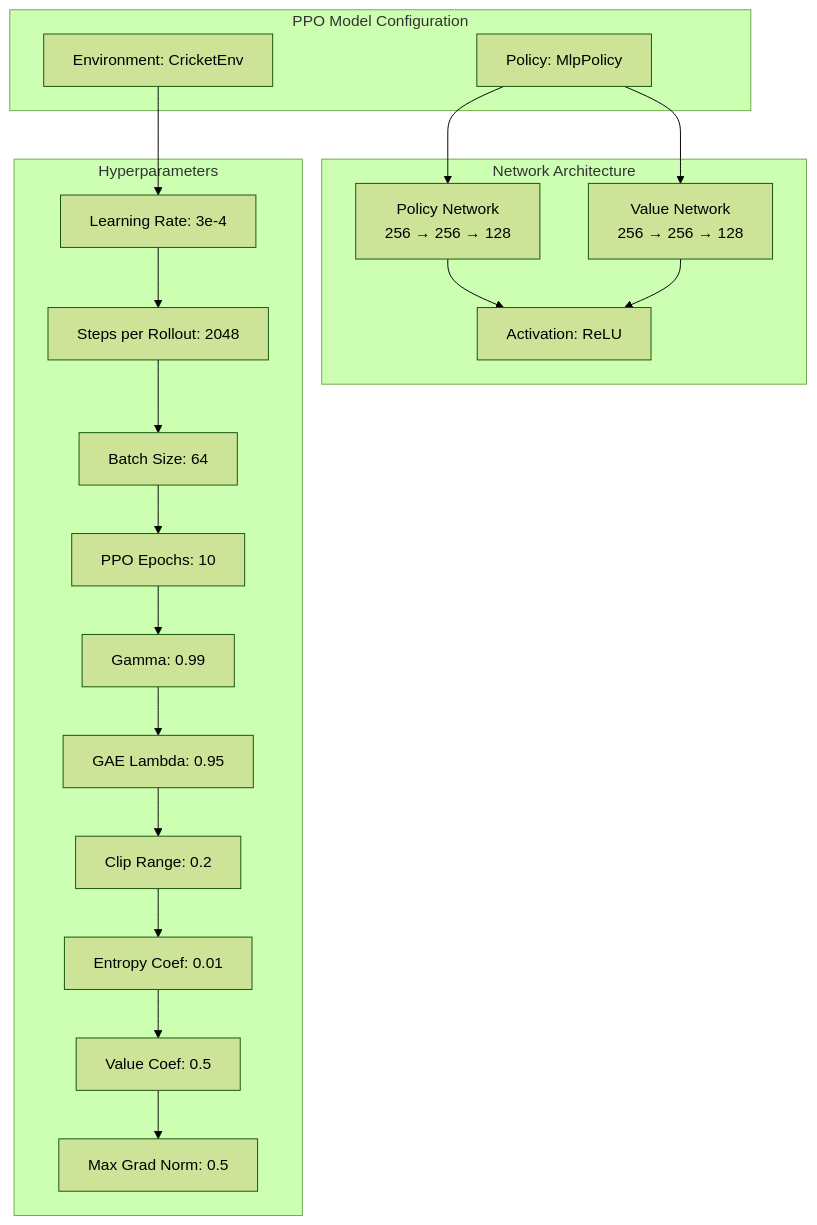
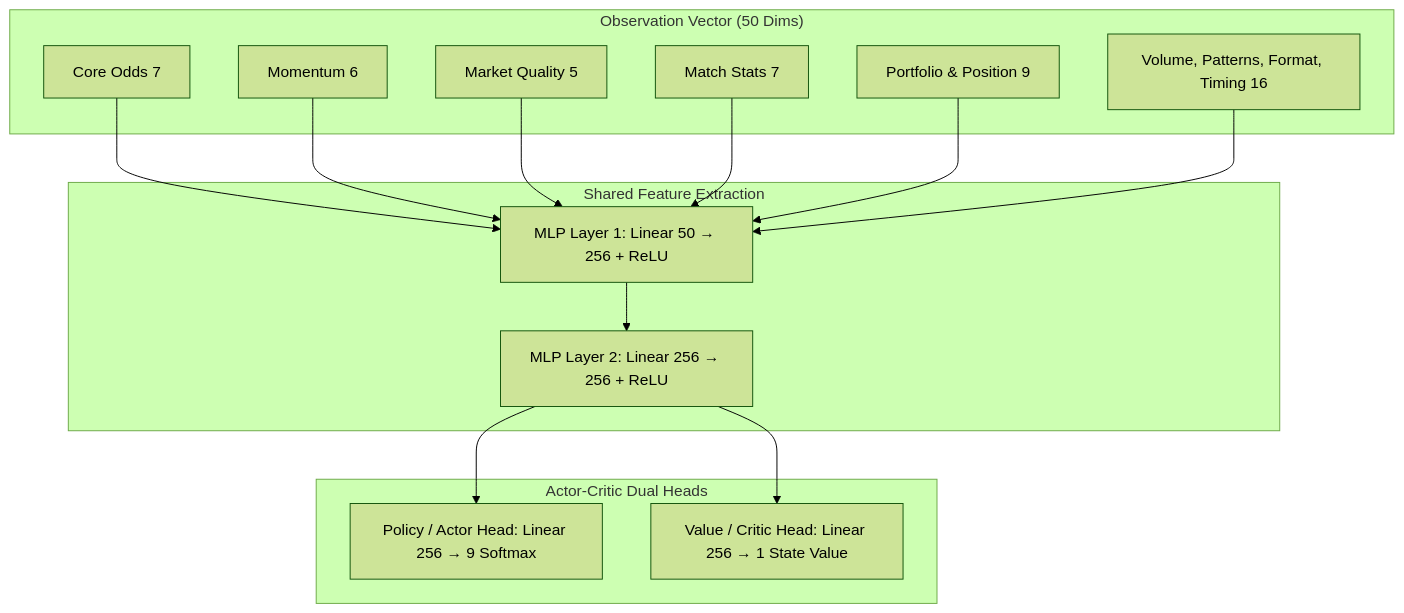
One commit to sohabena/prediction-claude changed the first of 2 diagrams in docs/architecture/02-rl-learning-engine.md. Above: the diagram before and after it, drawn with Mermaid (forest theme). The commit also changed other lines of this file and 50 other files, not shown here.

````diff
--- a/docs/architecture/02-rl-learning-engine.md
+++ b/docs/architecture/02-rl-learning-engine.md
@@ -123,42 +128,25 @@
 ```mermaid
 graph TB
-    subgraph "PPO Model Configuration"
-        A[Policy: MlpPolicy]
-        B[Environment: CricketEnv]
+    subgraph "Observation Vector (50 Dims)"
+        A[Core Odds 7]
+        B[Momentum 6]
+        C[Market Quality 5]
+        D[Match Stats 7]
+        E[Portfolio & Position 9]
+        F[Volume, Patterns, Format, Timing 16]
     end
     
-    subgraph "Network Architecture"
-        C[Policy Network<br/>256 → 256 → 128]
-        D[Value Network<br/>256 → 256 → 128]
-        E[Activation: ReLU]
+    subgraph "Shared Feature Extraction"
+        G[MLP Layer 1: Linear 50 → 256 + ReLU]
+        H[MLP Layer 2: Linear 256 → 256 + ReLU]
     end
     
-    subgraph "Hyperparameters"
-        F[Learning Rate: 3e-4]
-        G[Steps per Rollout: 2048]
-        H[Batch Size: 64]
-        I[PPO Epochs: 10]
-        J[Gamma: 0.99]
-        K[GAE Lambda: 0.95]
-        L[Clip Range: 0.2]
-        M[Entropy Coef: 0.01]
-        N[Value Coef: 0.5]
-        O[Max Grad Norm: 0.5]
+    subgraph "Actor-Critic Dual Heads"
+        I[Policy / Actor Head: Linear 256 → 9 Softmax]
+        J[Value / Critic Head: Linear 256 → 1 State Value]
     end
     
-    A --> C
-    A --> D
-    C --> E
-    D --> E
-    
-    B --> F
-    F --> G
-    G --> H
+    A & B & C & D & E & F --> G --> H
     H --> I
-    I --> J
-    J --> K
-    K --> L
-    L --> M
-    M --> N
-    N --> O
+    H --> J
 ```
````
